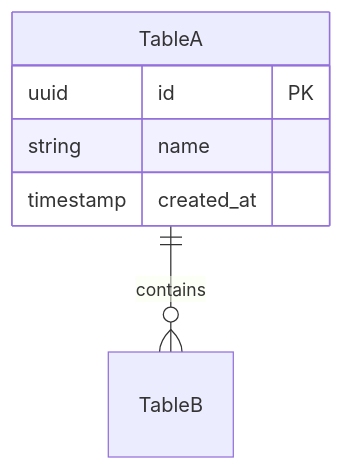
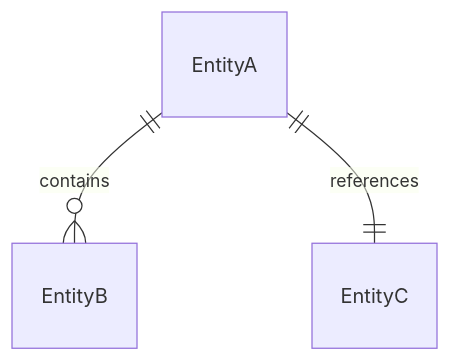
One commit to TestAny-io/testany-agent-skills changed the second of 3 diagrams in skills/hld-writer/references/new-feature-ui.md. Above: the diagram before and after it, drawn with Mermaid. The commit also changed other lines of this file and 7 other files, not shown here.

````diff
--- a/skills/hld-writer/references/new-feature-ui.md
+++ b/skills/hld-writer/references/new-feature-ui.md
@@ -103,9 +121,5 @@
 ```mermaid
 erDiagram
-    TableA ||--o{ TableB : contains
-    TableA {
-        uuid id PK
-        string name
-        timestamp created_at
-    }
+    EntityA ||--o{ EntityB : contains
+    EntityA ||--|| EntityC : references
 ```
````
